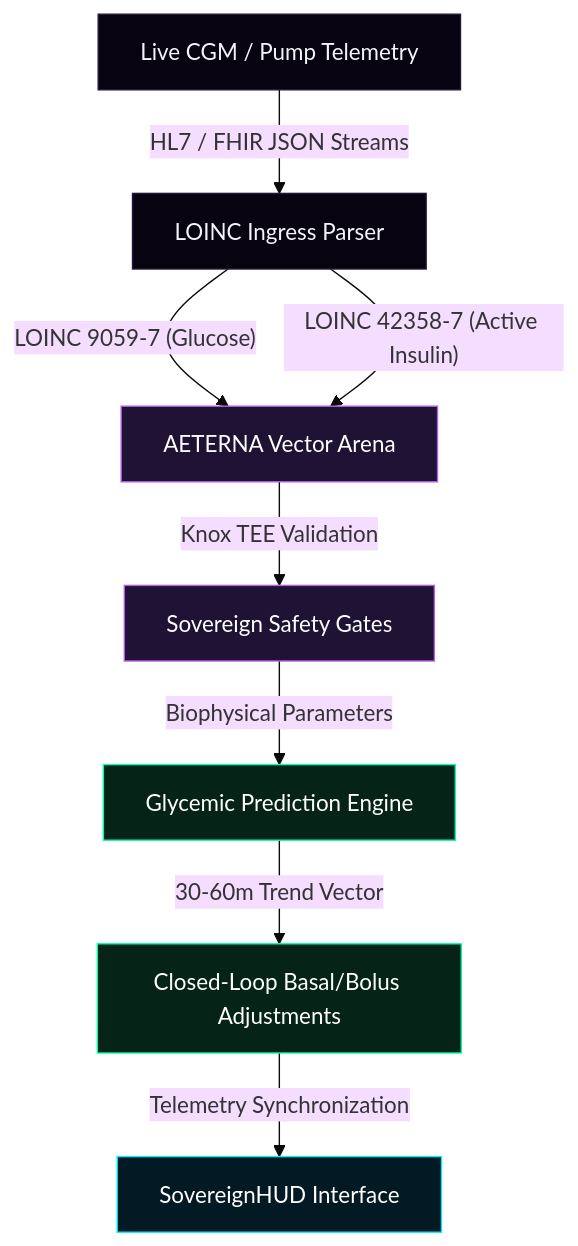
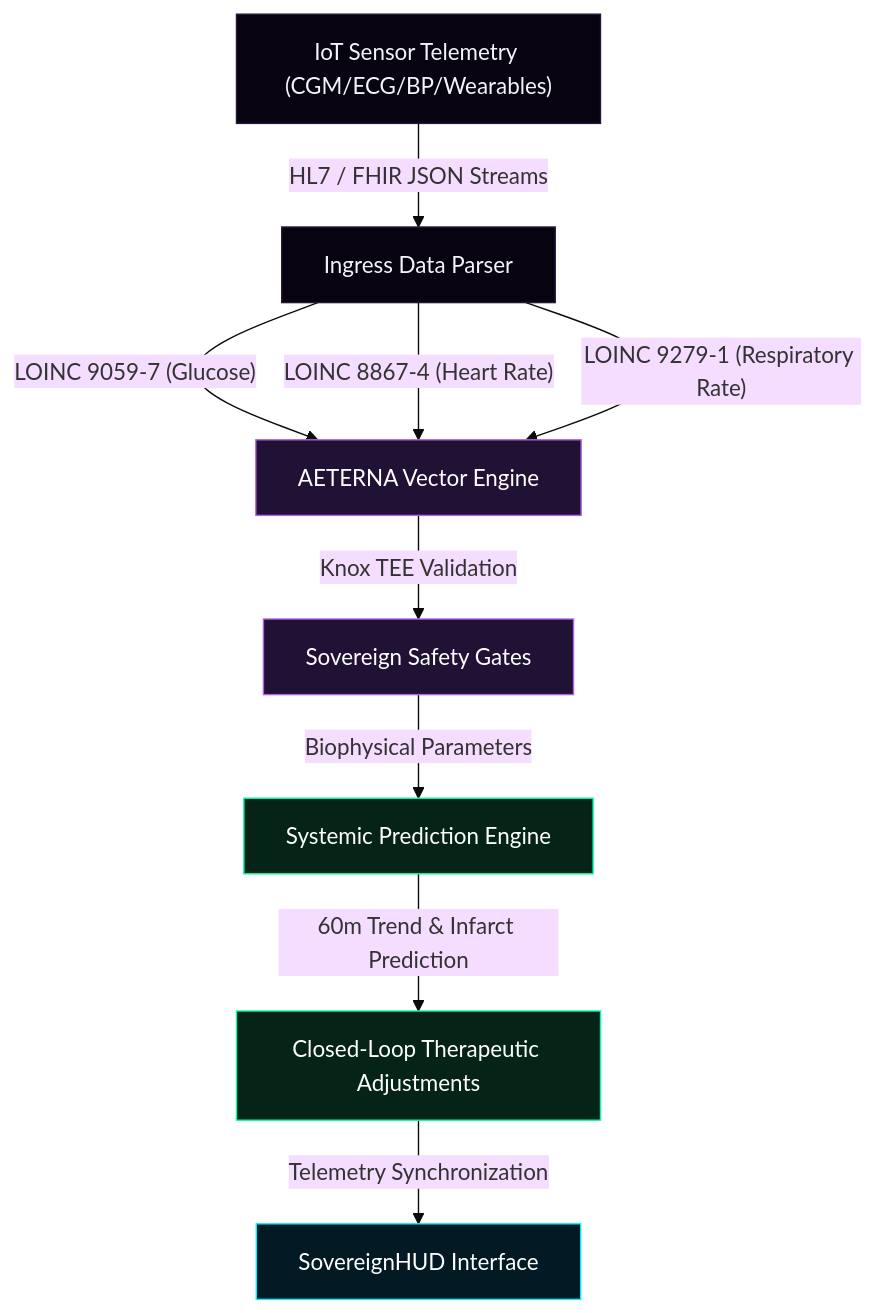
Before and after one commit to papica777-eng/VHT-DIABET: the first of 2 diagrams in README.md, drawn with Mermaid (base theme). The commit also changed other lines of this file and 1 other file, not shown here.

Commit message:
feat: upgrade AETERNA Virtual Human Twin Suite to v5.0 with multi-organ support and Catuskoti logic

````diff
--- a/README.md
+++ b/README.md
@@ -28,23 +31,24 @@
 ```mermaid
 graph TD
     %% Define Nodes
-    A["Live CGM / Pump Telemetry"] -->|"HL7 / FHIR JSON Streams"| B["LOINC Ingress Parser"]
-    B -->|"LOINC 9059-7 (Glucose)"| C["AETERNA Vector Arena"]
-    B -->|"LOINC 42358-7 (Active Insulin)"| C
+    A["IoT Sensor Telemetry (CGM/ECG/BP/Wearables)"] -->|"HL7 / FHIR JSON Streams"| B["Ingress Data Parser"]
+    B -->|"LOINC 9059-7 (Glucose)"| C["AETERNA Vector Engine"]
+    B -->|"LOINC 8867-4 (Heart Rate)"| C
+    B -->|"LOINC 9279-1 (Respiratory Rate)"| C
     
     C -->|"Knox TEE Validation"| D["Sovereign Safety Gates"]
-    D -->|"Biophysical Parameters"| E["Glycemic Prediction Engine"]
+    D -->|"Biophysical Parameters"| E["Systemic Prediction Engine"]
     
-    E -->|"30-60m Trend Vector"| F["Closed-Loop Basal/Bolus Adjustments"]
+    E -->|"60m Trend & Infarct Prediction"| F["Closed-Loop Therapeutic Adjustments"]
     F -->|"Telemetry Synchronization"| G["SovereignHUD Interface"]
     
     %% Styling
     classDef default fill:#080310,stroke:#26183b,color:#f1f5f9;
     classDef highlight fill:#1f1235,stroke:#b55fe6,color:#fff;
     classDef emerald fill:#052417,stroke:#00ffaa,color:#fff;
     classDef cyan fill:#031a24,stroke:#00f0ff,color:#fff;
     
     class C,D highlight;
     class E,F emerald;
     class G cyan;
 ```
````
